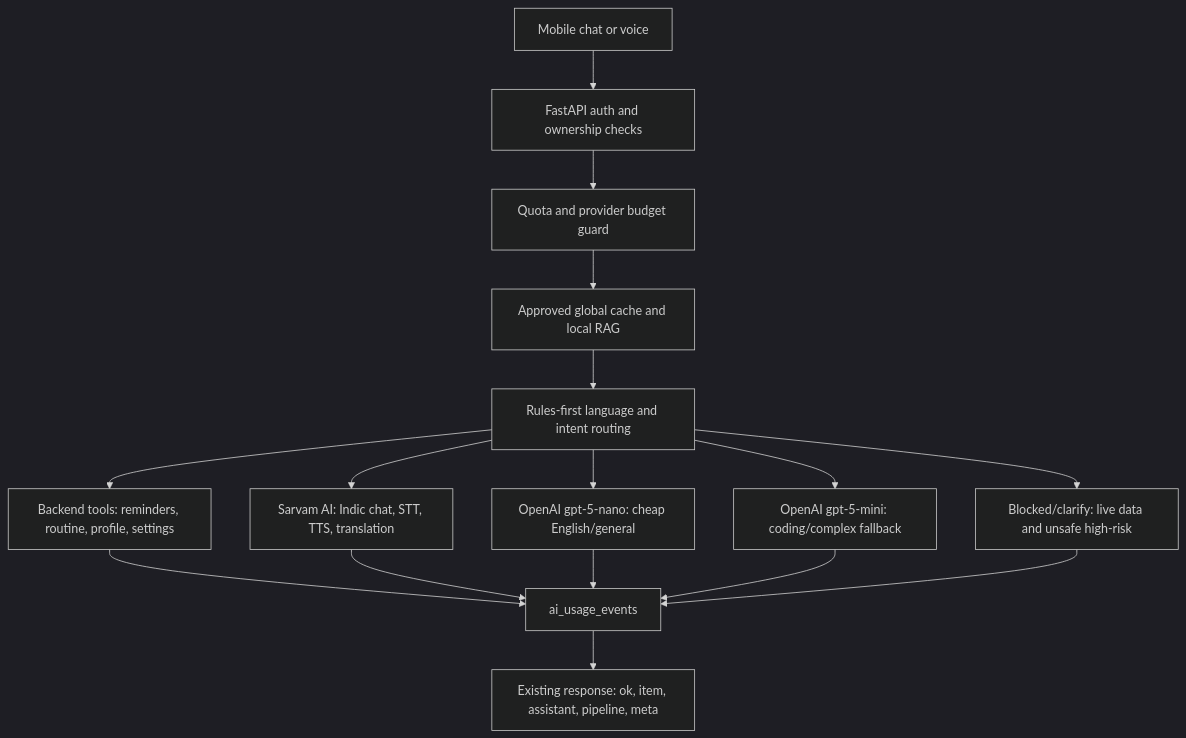
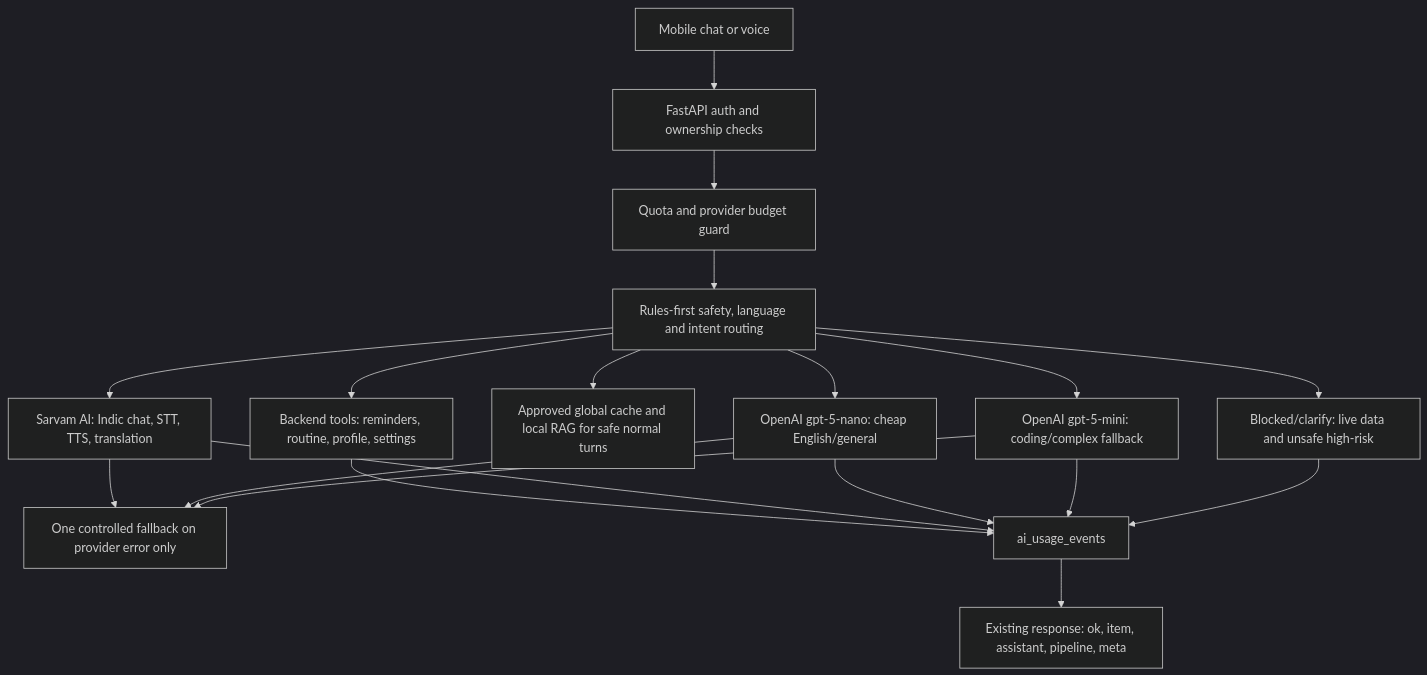
The diagram in backend/AI_ARCHITECTURE.md (swivelit/ai_tool), drawn with Mermaid (dark theme) before and after one commit. The commit also changed other lines of this file and 30 other files, not shown here.

````diff
--- a/backend/AI_ARCHITECTURE.md
+++ b/backend/AI_ARCHITECTURE.md
@@ -5,18 +5,21 @@
 ```mermaid
 flowchart TD
   Mobile[Mobile chat or voice] --> Auth[FastAPI auth and ownership checks]
   Auth --> Budget[Quota and provider budget guard]
-  Budget --> Cache[Approved global cache and local RAG]
-  Cache --> Intent[Rules-first language and intent routing]
+  Budget --> Intent[Rules-first safety, language and intent routing]
+  Intent --> Block[Blocked/clarify: live data and unsafe high-risk]
   Intent --> Tool[Backend tools: reminders, routine, profile, settings]
+  Intent --> Cache[Approved global cache and local RAG for safe normal turns]
   Intent --> Sarvam[Sarvam AI: Indic chat, STT, TTS, translation]
   Intent --> OpenAINano[OpenAI gpt-5-nano: cheap English/general]
   Intent --> OpenAIMini[OpenAI gpt-5-mini: coding/complex fallback]
-  Intent --> Block[Blocked/clarify: live data and unsafe high-risk]
+  Sarvam --> Fallback[One controlled fallback on provider error only]
+  OpenAINano --> Fallback
+  OpenAIMini --> Fallback
   Tool --> Usage[ai_usage_events]
   Sarvam --> Usage
   OpenAINano --> Usage
   OpenAIMini --> Usage
   Block --> Usage
   Usage --> Contract[Existing response: ok, item, assistant, pipeline, meta]
 ```
````
